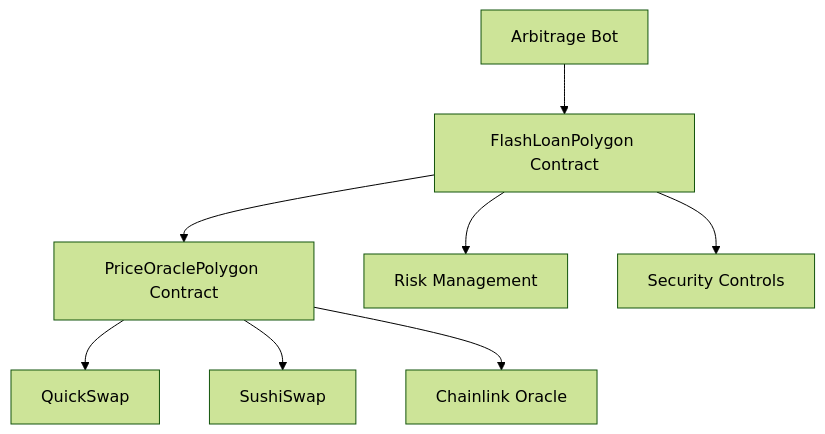
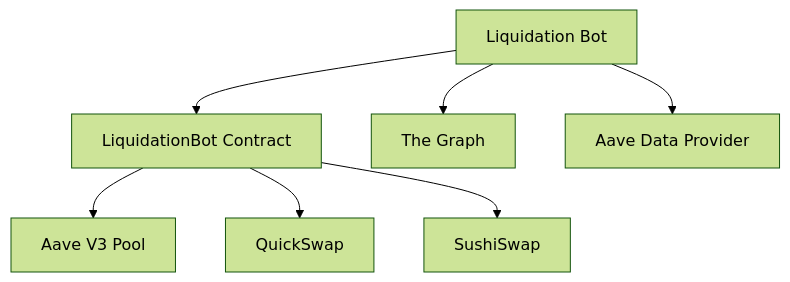
Before and after one commit to TeJPatel18/The-Flash-Loan: the diagram in POLYGON_README.md, drawn with Mermaid (forest theme). The commit also changed other lines of this file and 8 other files, not shown here.

Commit message:
Remove stale arbitrage bot code

````diff
--- a/POLYGON_README.md
+++ b/POLYGON_README.md
@@ -40,10 +40,9 @@
 ```mermaid
 graph TD
-    A[Arbitrage Bot] --> B[FlashLoanPolygon Contract]
-    B --> C[PriceOraclePolygon Contract]
-    C --> D[QuickSwap]
-    C --> E[SushiSwap]
-    C --> F[Chainlink Oracle]
-    B --> G[Risk Management]
-    B --> H[Security Controls]
+    A[Liquidation Bot] --> B[LiquidationBot Contract]
+    B --> C[Aave V3 Pool]
+    B --> D[QuickSwap]
+    B --> E[SushiSwap]
+    A --> F[The Graph]
+    A --> G[Aave Data Provider]
 ```
````
